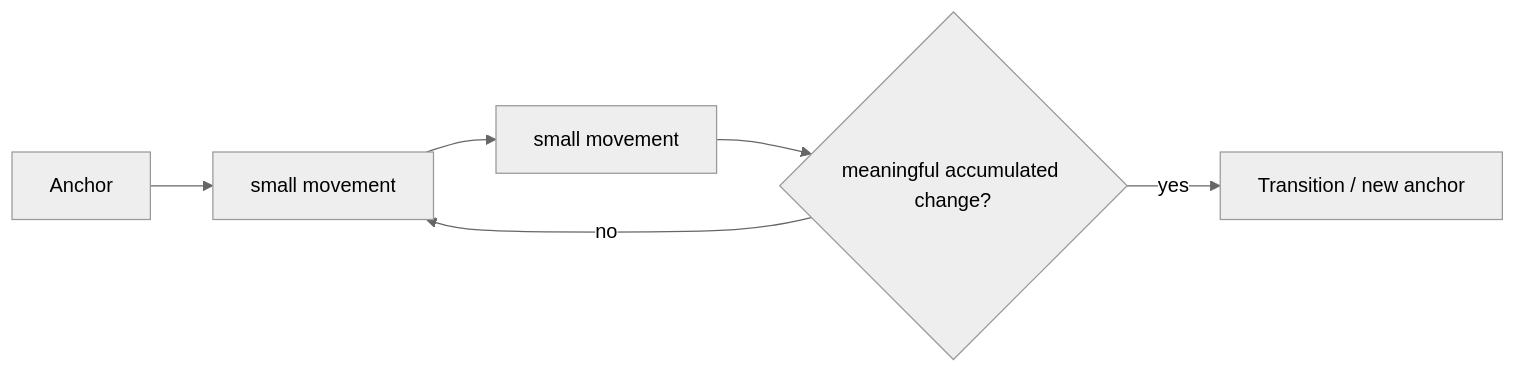
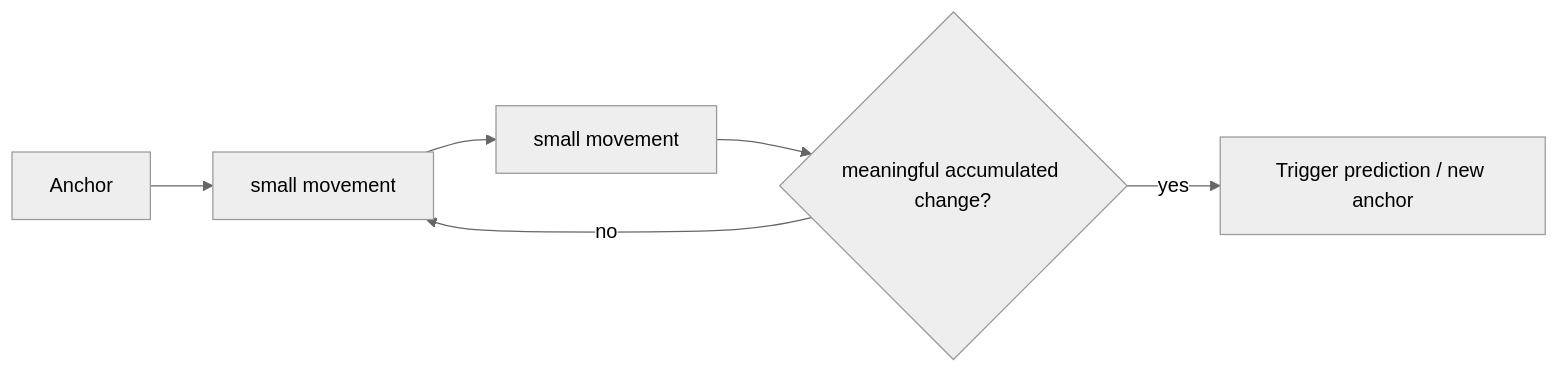
The fourth of 6 diagrams in docs/expectations.md (skasti/skyn-vaettr), drawn with Mermaid (neutral theme) before and after one commit. The commit also changed other lines of this file, not shown here.

Commit message:
docs: describe self-attention transition baseline

````diff
--- a/docs/expectations.md
+++ b/docs/expectations.md
@@ -86,8 +89,8 @@
 ```mermaid
 flowchart LR
     A[Anchor] --> B[small movement]
     B --> C[small movement]
     C --> D{meaningful accumulated change?}
     D -->|no| B
-    D -->|yes| E[Transition / new anchor]
+    D -->|yes| E[Trigger prediction / new anchor]
 ```
````
